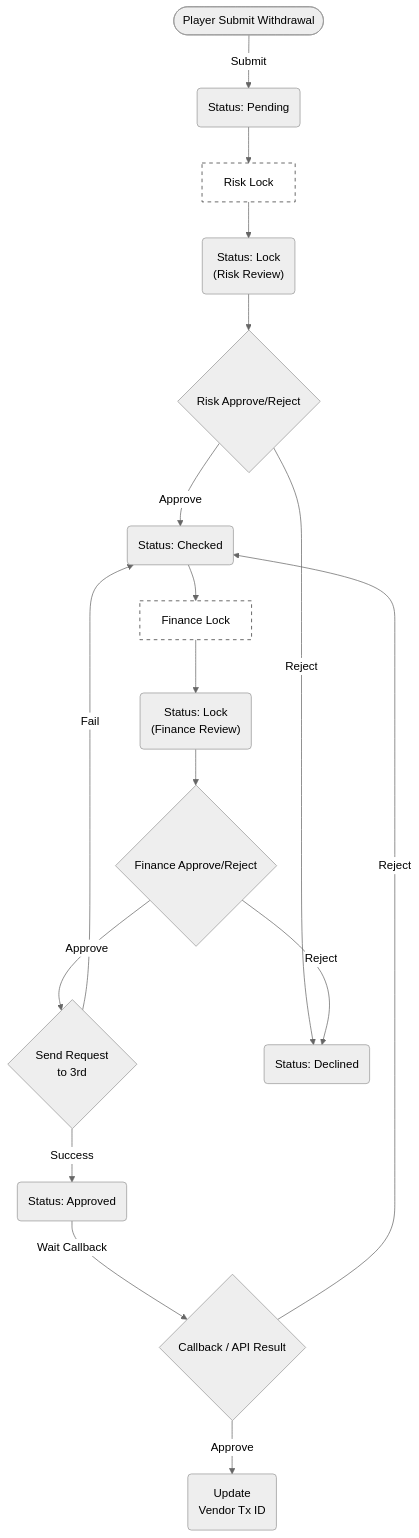
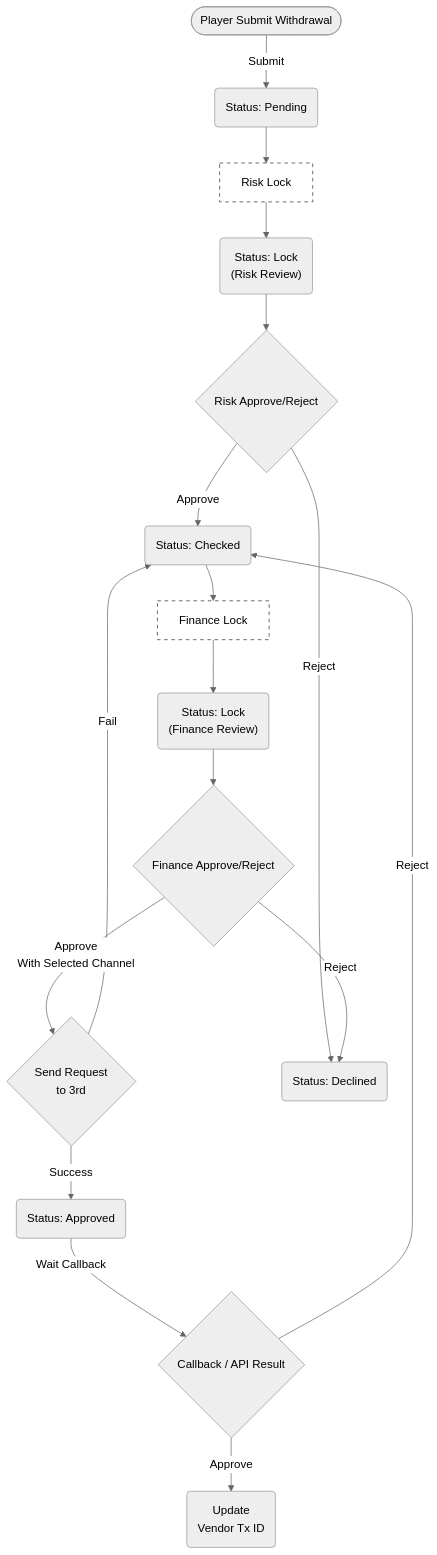
One commit to almightyken0425/SuSuGiGiSpec changed the first of 2 diagrams in no99_archive/sitflowchart.md. Above: the diagram before and after it, drawn with Mermaid (neutral theme). The commit also changed other lines of this file, not shown here.

````diff
--- a/no99_archive/sitflowchart.md
+++ b/no99_archive/sitflowchart.md
@@ -29,54 +29,54 @@
 ```mermaid
 graph TD
     %% 節點定義
     Start(["Player Submit Withdrawal"])
     Pending("Status: Pending")
     
     RiskLockActionBox["Risk Lock"]
     RiskLock("Status: Lock<br/>(Risk Review)")
     
     RiskAction{"Risk Approve/Reject"}
     Checked("Status: Checked")
     
     FinanceLockActionBox["Finance Lock"]
     FinanceLock("Status: Lock<br/>(Finance Review)")
     
     FinanceAction{"Finance Approve/Reject"}
     RequestAction{"Send Request<br/>to 3rd"}
     FinanceApproved("Status: Approved")
     
     Decline("Status: Declined")
     Success("Update<br>Vendor Tx ID")
     Callback{"Callback / API Result"}
 
     Start -->|"Submit"| Pending
     
     Pending --> RiskLockActionBox
     RiskLockActionBox --> RiskLock
     
     RiskLock --> RiskAction
     
     RiskAction -->|"Approve"| Checked
     
     Checked --> FinanceLockActionBox
     FinanceLockActionBox --> FinanceLock
     
     FinanceLock --> FinanceAction
     
-    FinanceAction -->|"Approve"| RequestAction
+    FinanceAction -->|"Approve<br/>With Selected Channel"| RequestAction
     
     RequestAction -->|"Success"| FinanceApproved
     RequestAction -->|"Fail"| Checked
     
     FinanceApproved -->|"Wait Callback"| Callback
 
     Callback -->|"Approve"| Success
     Callback -->|"Reject"| Checked
 
     %% 補回拒絕路徑
     RiskAction -->|"Reject"| Decline
     FinanceAction -->|"Reject"| Decline
 
     style RiskLockActionBox fill:#fff,stroke:#333,stroke-dasharray: 5 5
     style FinanceLockActionBox fill:#fff,stroke:#333,stroke-dasharray: 5 5
 ```
````
